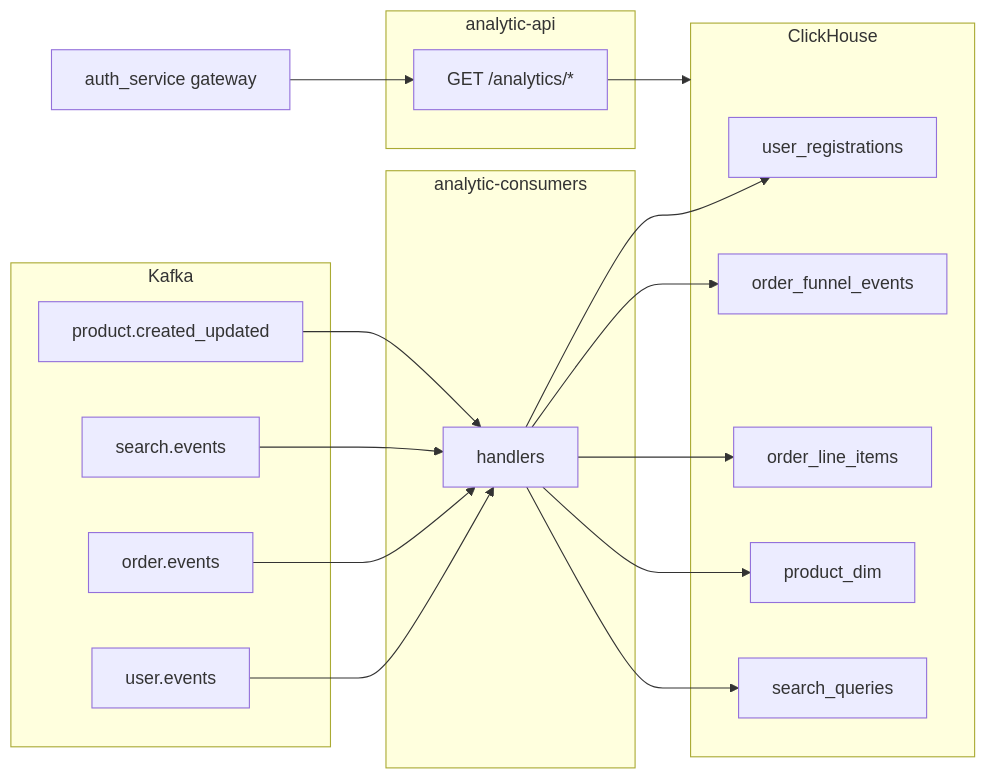
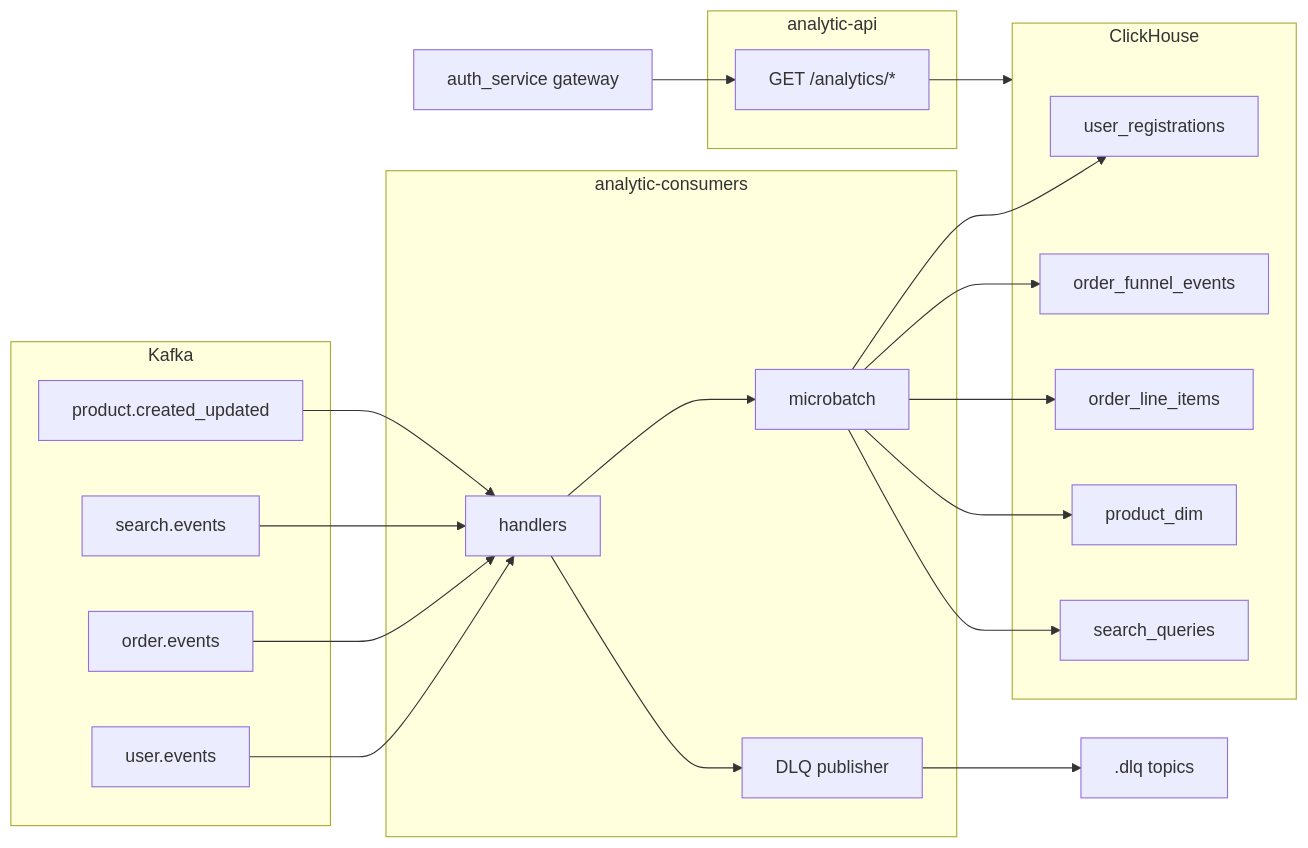
One commit to ff1nk1/e_commerce_platform changed the diagram in analytic_service/README.md. Above: the diagram before and after it, drawn with Mermaid. The commit also changed other lines of this file and 124 other files, not shown here.

````diff
--- a/analytic_service/README.md
+++ b/analytic_service/README.md
@@ -9,34 +9,40 @@
 ```mermaid
 flowchart LR
   subgraph producers [Kafka]
     UE[user.events]
     OE[order.events]
     SE[search.events]
     PE[product.created_updated]
   end
   subgraph consumersBin [analytic-consumers]
     H[handlers]
+    B[microbatch]
+    D[DLQ publisher]
   end
   subgraph ch [ClickHouse]
     UR[user_registrations]
     OF[order_funnel_events]
     OLI[order_line_items]
     PD[product_dim]
     SQ[search_queries]
   end
   subgraph apiBin [analytic-api]
     HTTP["GET /analytics/*"]
   end
+  DLQ[".dlq topics"]
   Gateway[auth_service gateway]
   UE --> H
   OE --> H
   SE --> H
   PE --> H
-  H --> UR
-  H --> OF
-  H --> OLI
-  H --> PD
-  H --> SQ
+  H --> B
+  H --> D
+  B --> UR
+  B --> OF
+  B --> OLI
+  B --> PD
+  B --> SQ
+  D --> DLQ
   Gateway --> HTTP
   HTTP --> ch
 ```
````
